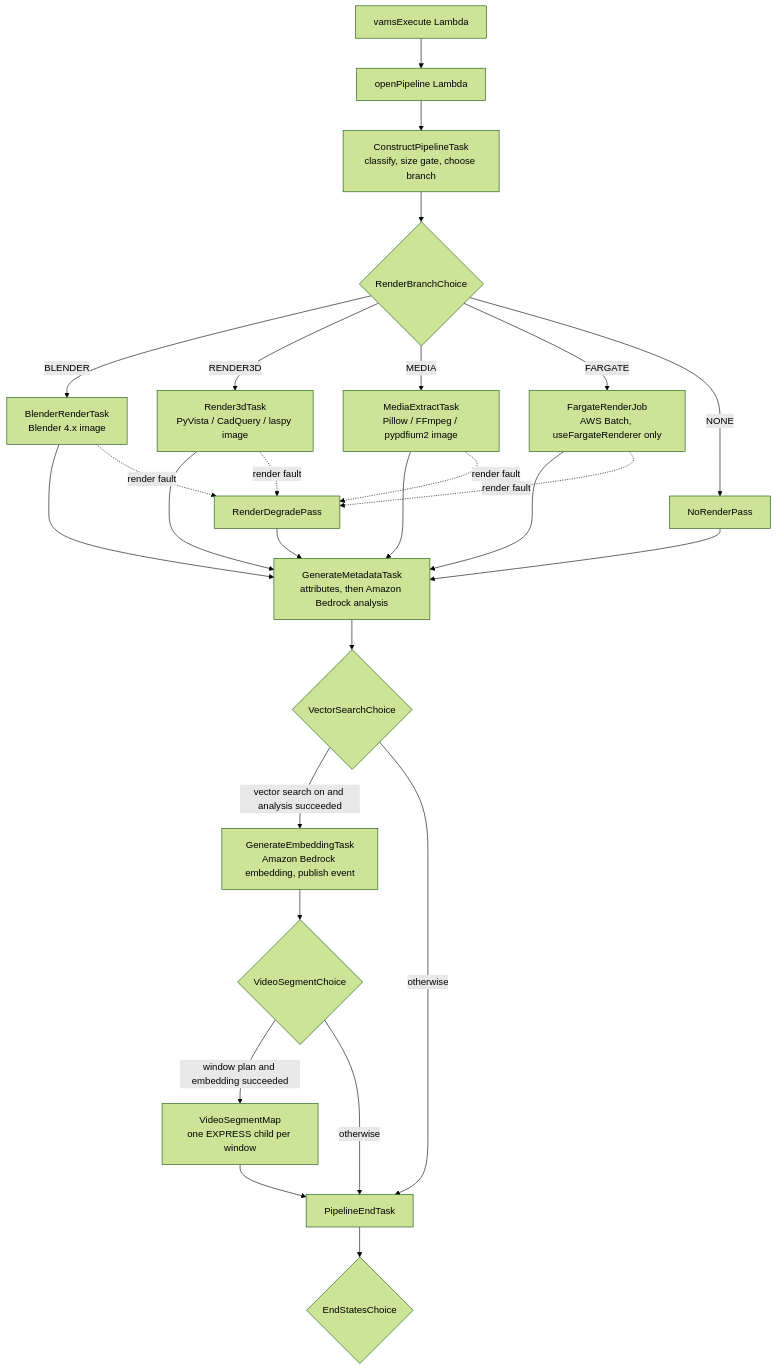
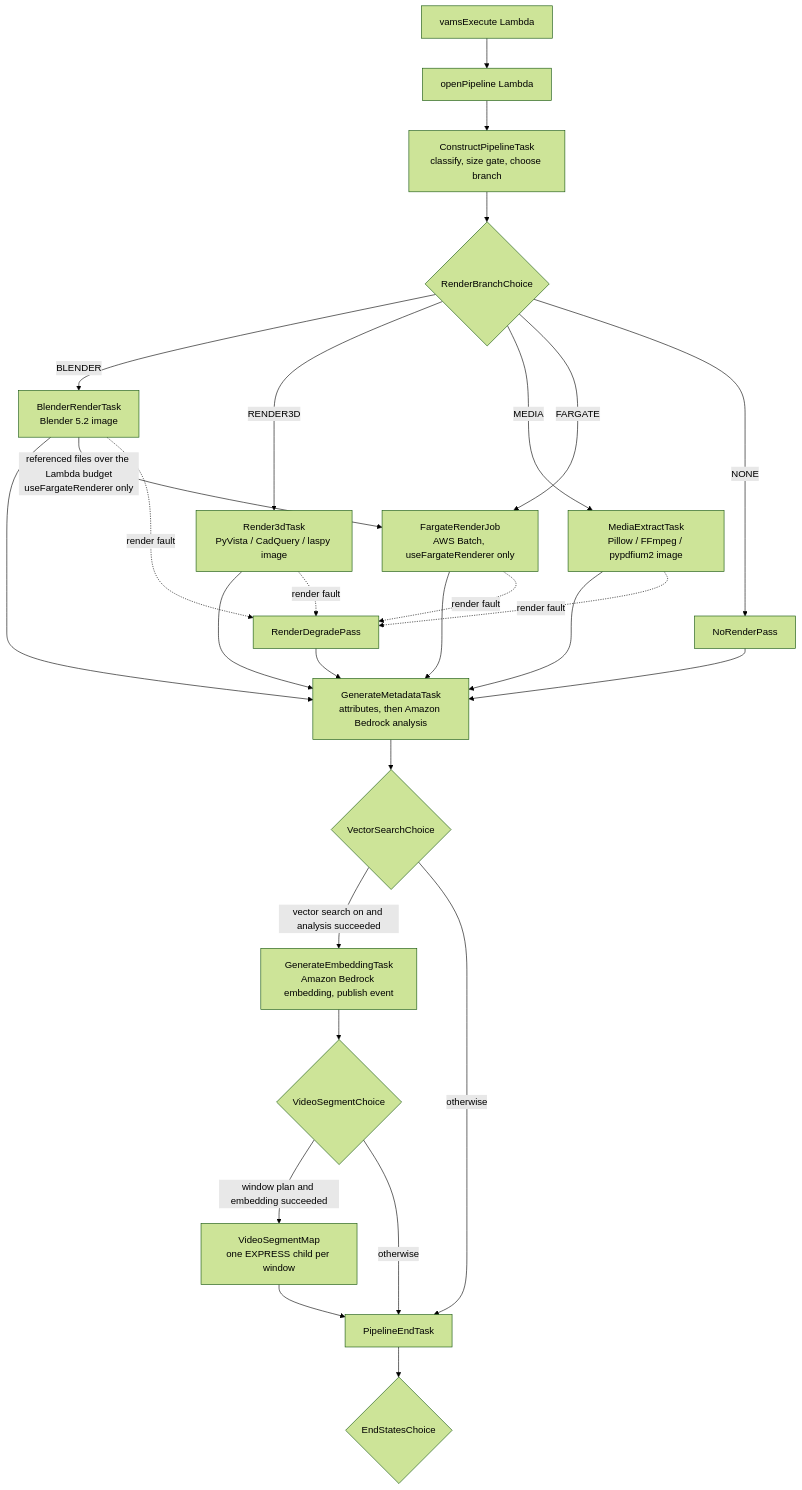
Before and after one commit to awslabs/visual-asset-management-system: the diagram in documentation/docusaurus-site/docs/pipelines/system-genai-metadata.md, drawn with Mermaid (forest theme). The commit also changed other lines of this file and 1 other file, not shown here.

````diff
--- a/documentation/docusaurus-site/docs/pipelines/system-genai-metadata.md
+++ b/documentation/docusaurus-site/docs/pipelines/system-genai-metadata.md
@@ -20,29 +20,30 @@
 ```mermaid
 flowchart TD
     VE[vamsExecute Lambda] --> OP[openPipeline Lambda]
     OP --> CP[ConstructPipelineTask<br/>classify, size gate, choose branch]
     CP --> RB{RenderBranchChoice}
-    RB -->|BLENDER| BL[BlenderRenderTask<br/>Blender 4.x image]
+    RB -->|BLENDER| BL[BlenderRenderTask<br/>Blender 5.2 image]
     RB -->|RENDER3D| R3[Render3dTask<br/>PyVista / CadQuery / laspy image]
     RB -->|MEDIA| ME[MediaExtractTask<br/>Pillow / FFmpeg / pypdfium2 image]
     RB -->|FARGATE| FG[FargateRenderJob<br/>AWS Batch, useFargateRenderer only]
     RB -->|NONE| NR[NoRenderPass]
     BL --> GM[GenerateMetadataTask<br/>attributes, then Amazon Bedrock analysis]
+    BL -->|referenced files over the Lambda budget<br/>useFargateRenderer only| FG
     R3 --> GM
     ME --> GM
     FG --> GM
     NR --> GM
     BL -. render fault .-> RD[RenderDegradePass]
     R3 -. render fault .-> RD
     ME -. render fault .-> RD
     FG -. render fault .-> RD
     RD --> GM
     GM --> VC{VectorSearchChoice}
     VC -->|vector search on and analysis succeeded| GE[GenerateEmbeddingTask<br/>Amazon Bedrock embedding, publish event]
     VC -->|otherwise| PE[PipelineEndTask]
     GE --> VS{VideoSegmentChoice}
     VS -->|window plan and embedding succeeded| VM[VideoSegmentMap<br/>one EXPRESS child per window]
     VS -->|otherwise| PE
     VM --> PE
     PE --> ES{EndStatesChoice}
 ```
````
